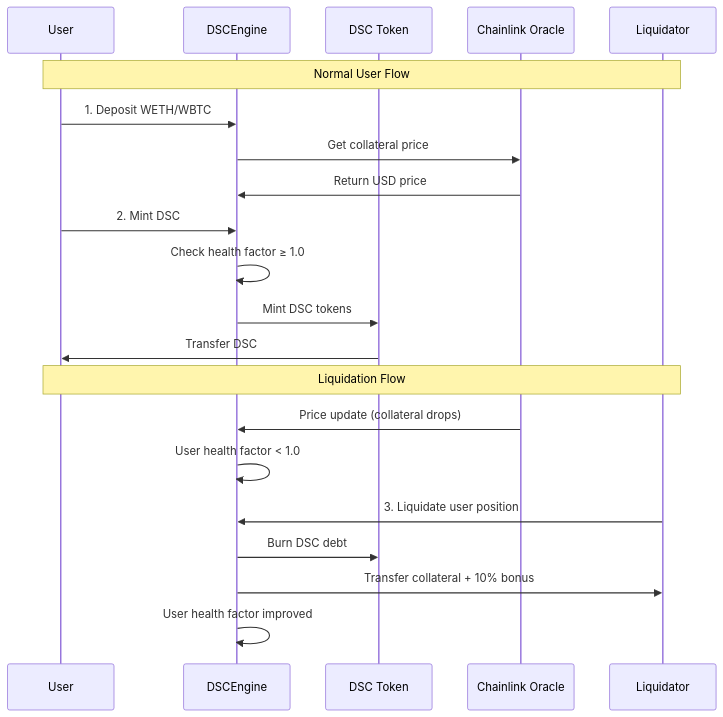
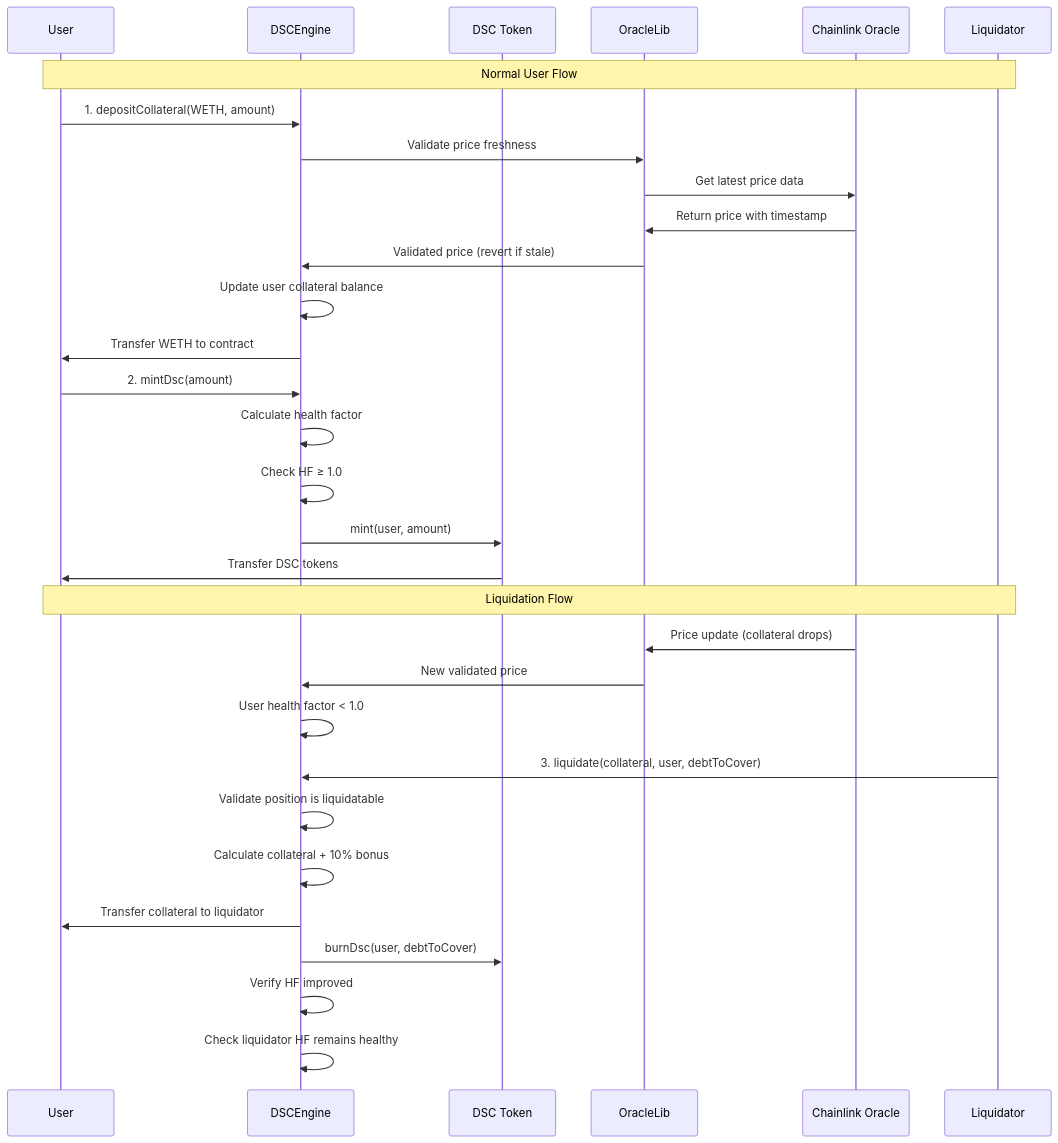
Before and after one commit to chauhan-varun/Valora-stablecoin-contract: the second of 4 diagrams in README.md, drawn with Mermaid. The commit also changed other lines of this file, not shown here.

Commit message:
Update README to enhance documentation of system components and interactions; clarify roles of OracleLib and its integration with price feeds, and improve descriptions of user and liquidator actions in the collateral management process.

````diff
--- a/README.md
+++ b/README.md
@@ -111,25 +117,36 @@
 ```mermaid
 sequenceDiagram
     participant U as User
     participant DE as DSCEngine
     participant DSC as DSC Token
+    participant OL as OracleLib
     participant CL as Chainlink Oracle
     participant L as Liquidator
 
     Note over U,L: Normal User Flow
-    U->>DE: 1. Deposit WETH/WBTC
-    DE->>CL: Get collateral price
-    CL->>DE: Return USD price
-    U->>DE: 2. Mint DSC
-    DE->>DE: Check health factor ≥ 1.0
-    DE->>DSC: Mint DSC tokens
-    DSC->>U: Transfer DSC
-
+    U->>DE: 1. depositCollateral(WETH, amount)
+    DE->>OL: Validate price freshness
+    OL->>CL: Get latest price data
+    CL->>OL: Return price with timestamp
+    OL->>DE: Validated price (revert if stale)
+    DE->>DE: Update user collateral balance
+    DE->>U: Transfer WETH to contract
+    
+    U->>DE: 2. mintDsc(amount)
+    DE->>DE: Calculate health factor
+    DE->>DE: Check HF ≥ 1.0
+    DE->>DSC: mint(user, amount)
+    DSC->>U: Transfer DSC tokens
+    
     Note over U,L: Liquidation Flow
-    CL->>DE: Price update (collateral drops)
+    CL->>OL: Price update (collateral drops)
+    OL->>DE: New validated price
     DE->>DE: User health factor < 1.0
-    L->>DE: 3. Liquidate user position
-    DE->>DSC: Burn DSC debt
-    DE->>L: Transfer collateral + 10% bonus
-    DE->>DE: User health factor improved
+    L->>DE: 3. liquidate(collateral, user, debtToCover)
+    DE->>DE: Validate position is liquidatable
+    DE->>DE: Calculate collateral + 10% bonus
+    DE->>U: Transfer collateral to liquidator
+    DE->>DSC: burnDsc(user, debtToCover)
+    DE->>DE: Verify HF improved
+    DE->>DE: Check liquidator HF remains healthy
 ```
````
